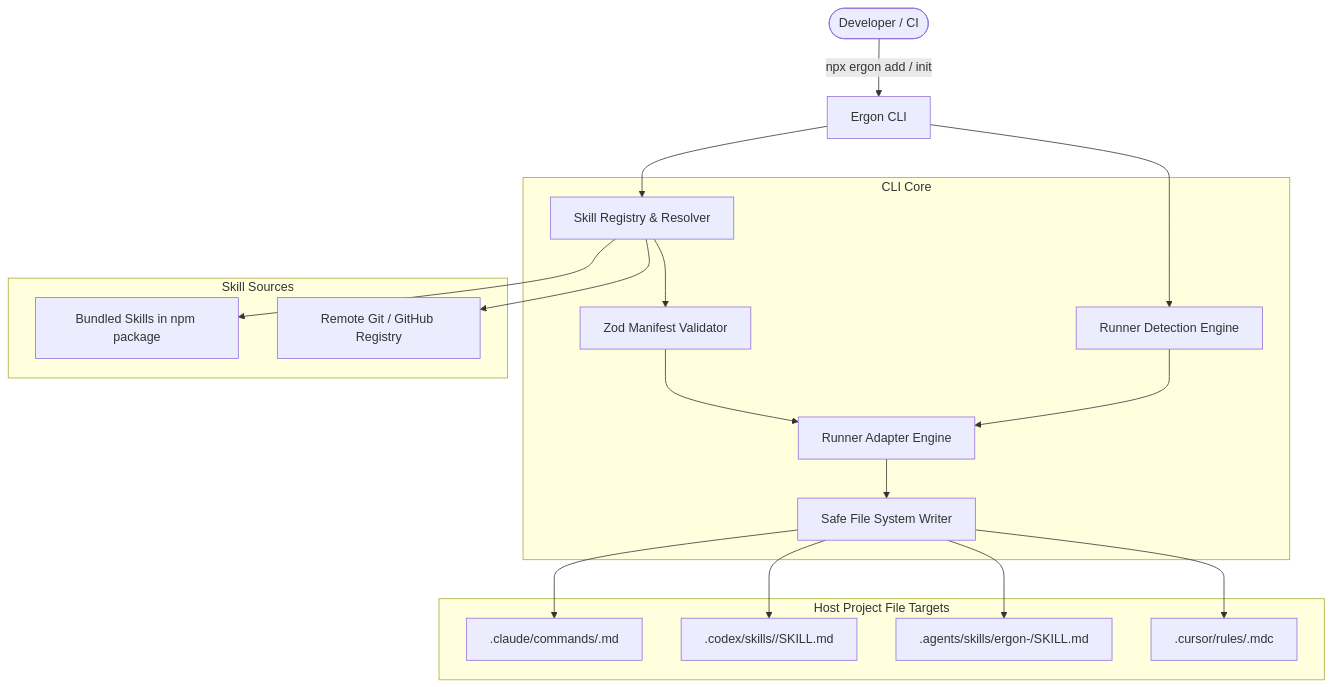
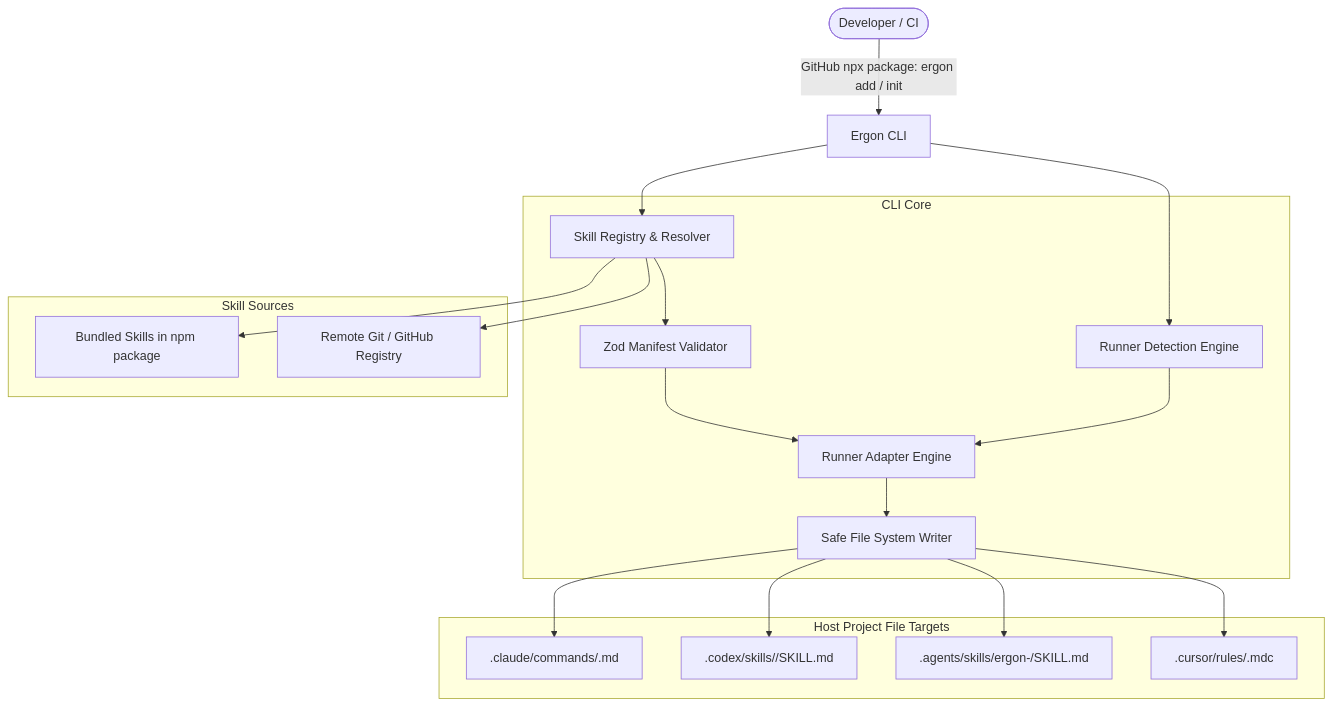
The diagram in SYSTEM_DESIGN.md (EJDonato/Ergon), drawn with Mermaid before and after one commit. The commit also changed 4 other files, not shown here.

Commit message:
feat: support direct GitHub installation with repository metadata and updated CLI docs

````diff
--- a/SYSTEM_DESIGN.md
+++ b/SYSTEM_DESIGN.md
@@ -25,37 +25,37 @@
 ```mermaid
 flowchart TD
-    User([Developer / CI]) -->|npx ergon add / init| CLI[Ergon CLI]
+    User([Developer / CI]) -->|GitHub npx package: ergon add / init| CLI[Ergon CLI]
     
     subgraph CLI Core
         Detect[Runner Detection Engine]
         Resolve[Skill Registry & Resolver]
         Validate[Zod Manifest Validator]
         AdapterEngine[Runner Adapter Engine]
         Writer[Safe File System Writer]
     end
     
     subgraph Sources [Skill Sources]
         Bundled[Bundled Skills in npm package]
         RemoteGit[Remote Git / GitHub Registry]
     end
     
     subgraph Targets [Host Project File Targets]
         ClaudeTarget[".claude/commands/<name>.md"]
         CodexTarget[".codex/skills/<name>/SKILL.md"]
         AgyTarget[".agents/skills/ergon-<persona>/SKILL.md"]
         CursorTarget[".cursor/rules/<name>.mdc"]
     end
     
     CLI --> Detect
     CLI --> Resolve
     Resolve --> Bundled
     Resolve --> RemoteGit
     Resolve --> Validate
     Validate --> AdapterEngine
     Detect --> AdapterEngine
     AdapterEngine --> Writer
     Writer --> ClaudeTarget
     Writer --> CodexTarget
     Writer --> AgyTarget
     Writer --> CursorTarget
 ```
````
